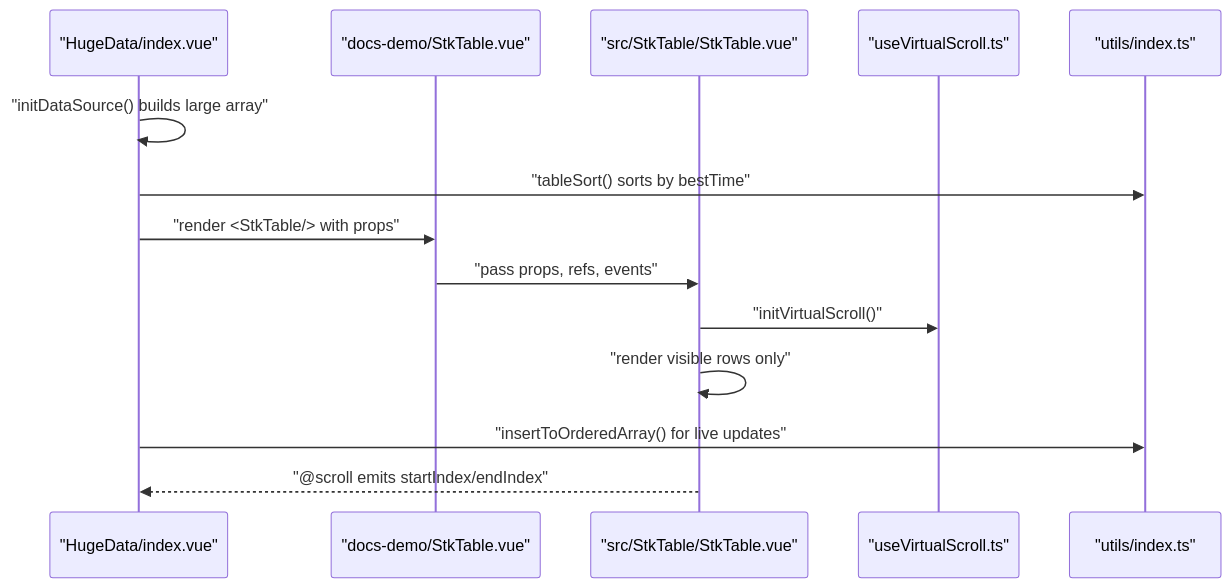
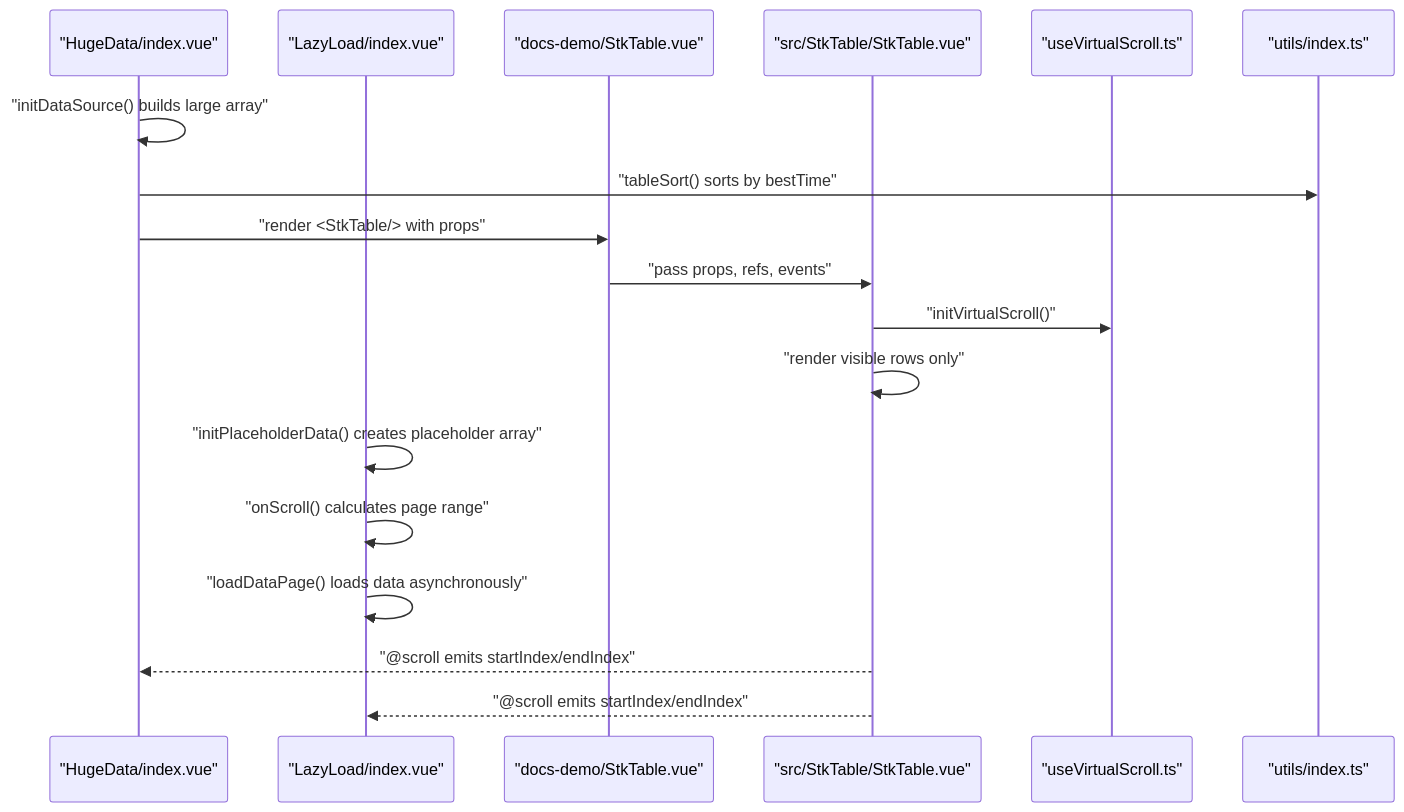
One commit to ja-plus/stk-table-vue changed the second of 14 diagrams in .qoder/repowiki/en/content/Examples and Showcase/Huge Data Demonstration.md. Above: the diagram before and after it, drawn with Mermaid. The commit also changed other lines of this file and 7 other files, not shown here.

````diff
--- a/.qoder/repowiki/en/content/Examples and Showcase/Huge Data Demonstration.md
+++ b/.qoder/repowiki/en/content/Examples and Showcase/Huge Data Demonstration.md
@@ -111,16 +130,20 @@
 ```mermaid
 sequenceDiagram
 participant UI as "HugeData/index.vue"
+participant LL as "LazyLoad/index.vue"
 participant Wrap as "docs-demo/StkTable.vue"
 participant Table as "src/StkTable/StkTable.vue"
 participant Virt as "useVirtualScroll.ts"
 participant Util as "utils/index.ts"
 UI->>UI : "initDataSource() builds large array"
 UI->>Util : "tableSort() sorts by bestTime"
 UI->>Wrap : "render <StkTable/> with props"
 Wrap->>Table : "pass props, refs, events"
 Table->>Virt : "initVirtualScroll()"
 Table->>Table : "render visible rows only"
-UI->>Util : "insertToOrderedArray() for live updates"
+LL->>LL : "initPlaceholderData() creates placeholder array"
+LL->>LL : "onScroll() calculates page range"
+LL->>LL : "loadDataPage() loads data asynchronously"
 Table-->>UI : "@scroll emits startIndex/endIndex"
+Table-->>LL : "@scroll emits startIndex/endIndex"
 ```
````
